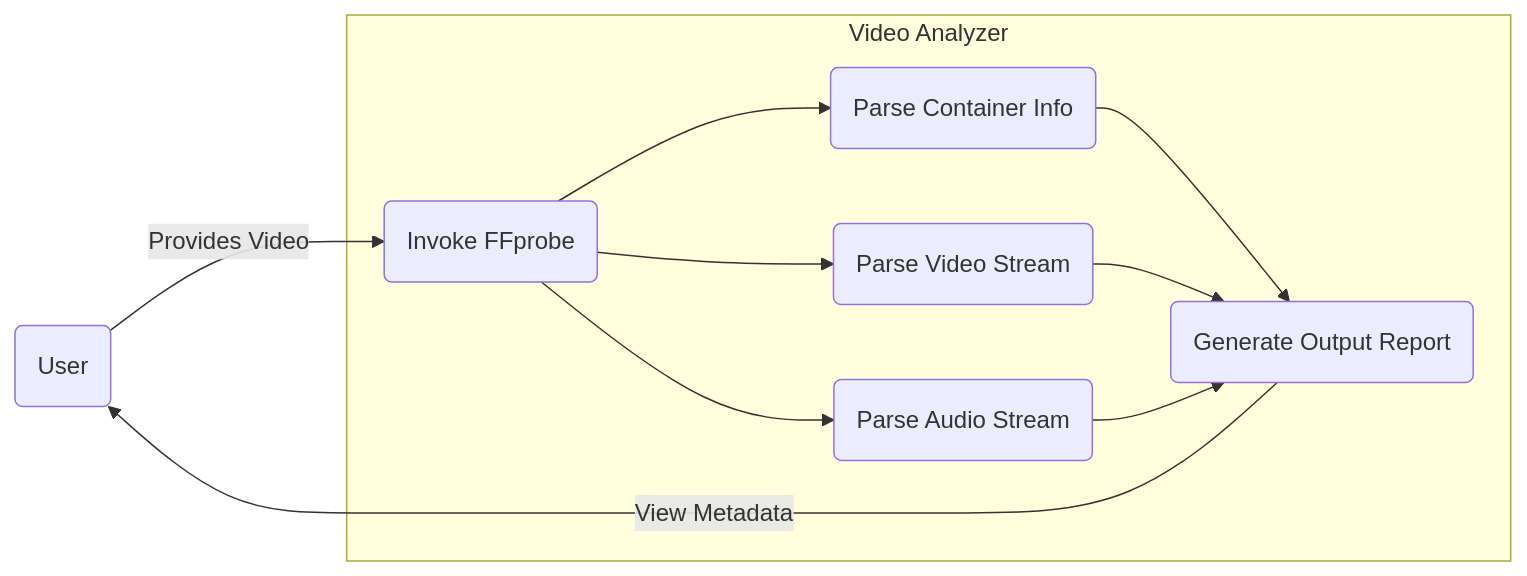
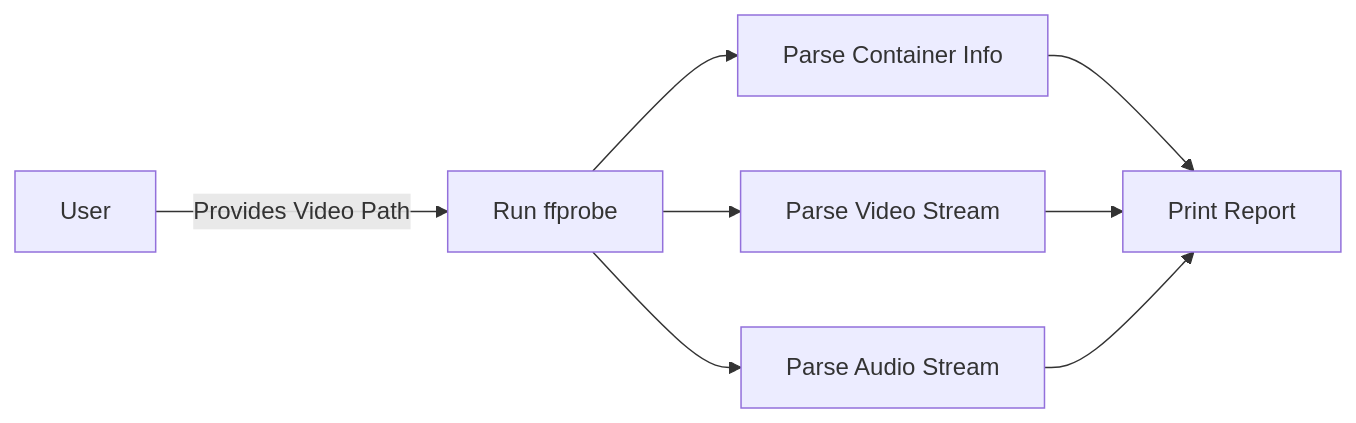
One commit to animishraa05/Video-Analyser changed the diagram in README.md. Above: the diagram before and after it, drawn with Mermaid. The commit also changed other lines of this file and 2 other files, not shown here.

Commit message:
fix: add sample.mp4, fix gitignore, rewrite README with working mermaid

````diff
--- a/README.md
+++ b/README.md
@@ -15,20 +19,10 @@
 ```mermaid
 graph LR
-    User(User)
-    subgraph VA [Video Analyzer]
-        UC1(Invoke FFprobe)
-        UC2(Parse Container Info)
-        UC3(Parse Video Stream)
-        UC4(Parse Audio Stream)
-        UC5(Generate Output Report)
-    end
-    
-    User -->|Provides Video| UC1
-    UC1 --> UC2
-    UC1 --> UC3
-    UC1 --> UC4
-    UC2 --> UC5
-    UC3 --> UC5
-    UC4 --> UC5
-    UC5 -->|View Metadata| User
+    A[User] -->|Provides Video Path| B[Run ffprobe]
+    B --> C[Parse Container Info]
+    B --> D[Parse Video Stream]
+    B --> E[Parse Audio Stream]
+    C --> F[Print Report]
+    D --> F[Print Report]
+    E --> F[Print Report]
 ```
````
